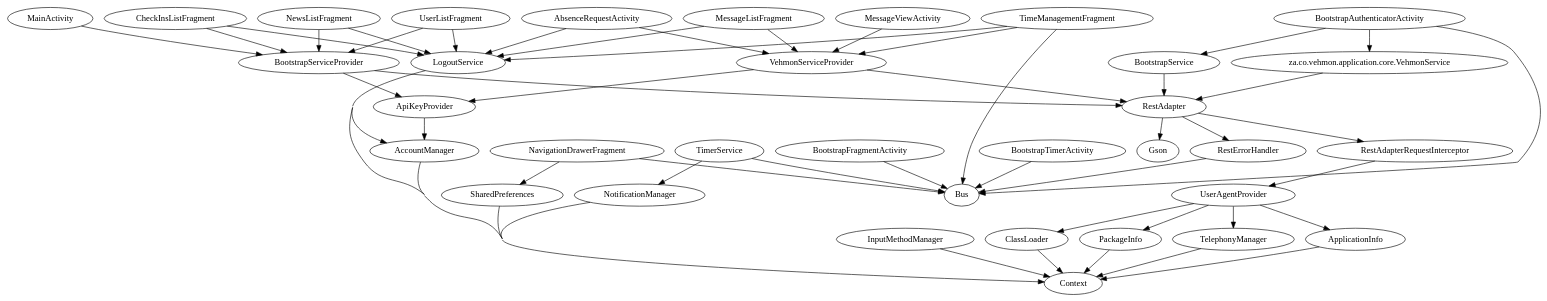
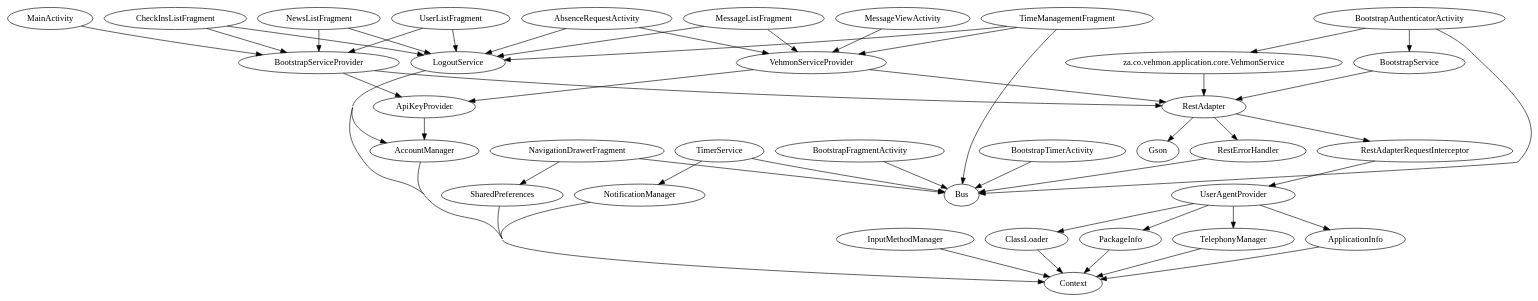
Before and after one commit to Renaldobenji/android-vehmon: the diagram in app/build/intermediates/classes/debug/za/co/vehmon/application/RootModule.dot, drawn with Graphviz. The commit also changed other lines of this file and 33 other files, not shown here.

```diff
--- a/app/build/intermediates/classes/debug/za/co/vehmon/application/RootModule.dot
+++ b/app/build/intermediates/classes/debug/za/co/vehmon/application/RootModule.dot
@@ -1,54 +1,54 @@
 digraph G1 {
   concentrate = true;
   AbsenceRequestActivity -> LogoutService;
   AbsenceRequestActivity -> VehmonServiceProvider;
   AccountManager -> Context;
   ApiKeyProvider -> AccountManager;
   ApplicationInfo -> Context;
+  BootstrapAuthenticatorActivity -> BootstrapService;
   n2 [label="za.co.vehmon.application.core.VehmonService"];
   BootstrapAuthenticatorActivity -> n2;
-  BootstrapAuthenticatorActivity -> BootstrapService;
   BootstrapAuthenticatorActivity -> Bus;
   BootstrapFragmentActivity -> Bus;
   BootstrapService -> RestAdapter;
   BootstrapServiceProvider -> ApiKeyProvider;
   BootstrapServiceProvider -> RestAdapter;
   BootstrapTimerActivity -> Bus;
+  CheckInsListFragment -> BootstrapServiceProvider;
   CheckInsListFragment -> LogoutService;
-  CheckInsListFragment -> BootstrapServiceProvider;
   ClassLoader -> Context;
   InputMethodManager -> Context;
+  LogoutService -> AccountManager;
   LogoutService -> Context;
-  LogoutService -> AccountManager;
   MainActivity -> BootstrapServiceProvider;
   MessageListFragment -> LogoutService;
   MessageListFragment -> VehmonServiceProvider;
   MessageViewActivity -> VehmonServiceProvider;
+  NavigationDrawerFragment -> Bus;
   NavigationDrawerFragment -> SharedPreferences;
-  NavigationDrawerFragment -> Bus;
+  NewsListFragment -> BootstrapServiceProvider;
   NewsListFragment -> LogoutService;
-  NewsListFragment -> BootstrapServiceProvider;
   NotificationManager -> Context;
   PackageInfo -> Context;
+  RestAdapter -> RestAdapterRequestInterceptor;
   RestAdapter -> RestErrorHandler;
   RestAdapter -> Gson;
-  RestAdapter -> RestAdapterRequestInterceptor;
   RestAdapterRequestInterceptor -> UserAgentProvider;
   RestErrorHandler -> Bus;
   SharedPreferences -> Context;
   TelephonyManager -> Context;
+  TimeManagementFragment -> Bus;
   TimeManagementFragment -> LogoutService;
   TimeManagementFragment -> VehmonServiceProvider;
-  TimeManagementFragment -> Bus;
   TimerService -> NotificationManager;
   TimerService -> Bus;
+  UserAgentProvider -> TelephonyManager;
+  UserAgentProvider -> PackageInfo;
   UserAgentProvider -> ClassLoader;
-  UserAgentProvider -> PackageInfo;
-  UserAgentProvider -> TelephonyManager;
   UserAgentProvider -> ApplicationInfo;
+  UserListFragment -> BootstrapServiceProvider;
   UserListFragment -> LogoutService;
-  UserListFragment -> BootstrapServiceProvider;
   VehmonServiceProvider -> ApiKeyProvider;
   VehmonServiceProvider -> RestAdapter;
   n2 -> RestAdapter;
 }
```
